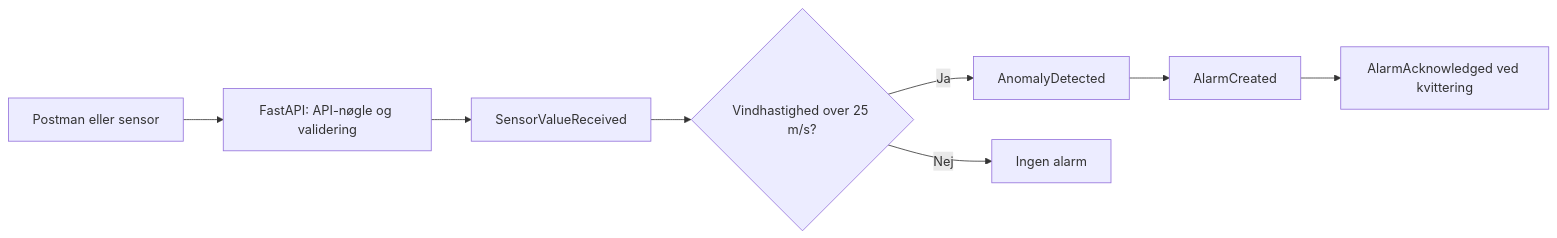
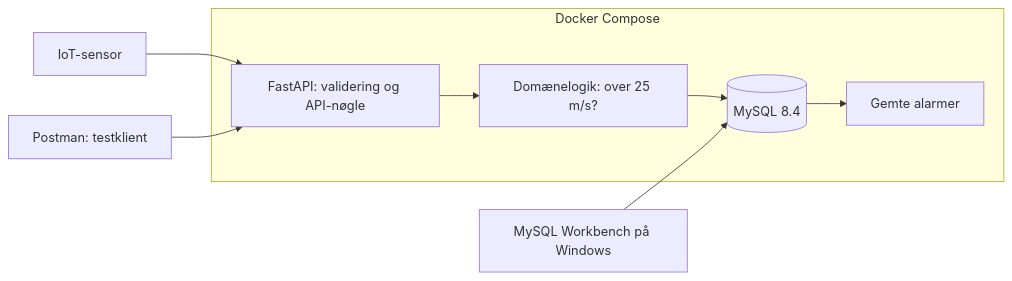
The diagram in README.md (Abdel047/Intelligent-IoT-API), drawn with Mermaid before and after one commit. The commit also changed other lines of this file and 17 other files, not shown here.

Commit message:
Tilfoej MySQL, Docker og automatisk CI med tests

````diff
--- a/README.md
+++ b/README.md
@@ -167,10 +58,11 @@
 ```mermaid
 flowchart LR
-    A[Postman eller sensor] --> B[FastAPI: API-nøgle og validering]
-    B --> C[SensorValueReceived]
-    C --> D{Vindhastighed over 25 m/s?}
-    D -- Ja --> E[AnomalyDetected]
-    E --> F[AlarmCreated]
-    D -- Nej --> G[Ingen alarm]
-    F --> H[AlarmAcknowledged ved kvittering]
+    Sensor[IoT-sensor] --> API
+    Postman[Postman: testklient] --> API
+    subgraph Docker[Docker Compose]
+        API[FastAPI: validering og API-nøgle] --> Logic[Domænelogik: over 25 m/s?]
+        Logic --> DB[(MySQL 8.4)]
+        DB --> Alarm[Gemte alarmer]
+    end
+    Workbench[MySQL Workbench på Windows] --> DB
 ```
````
